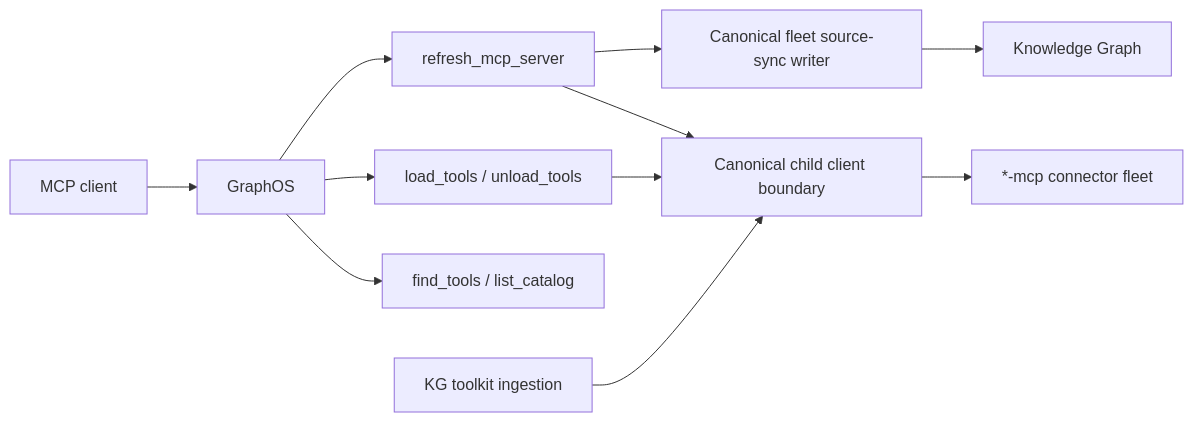
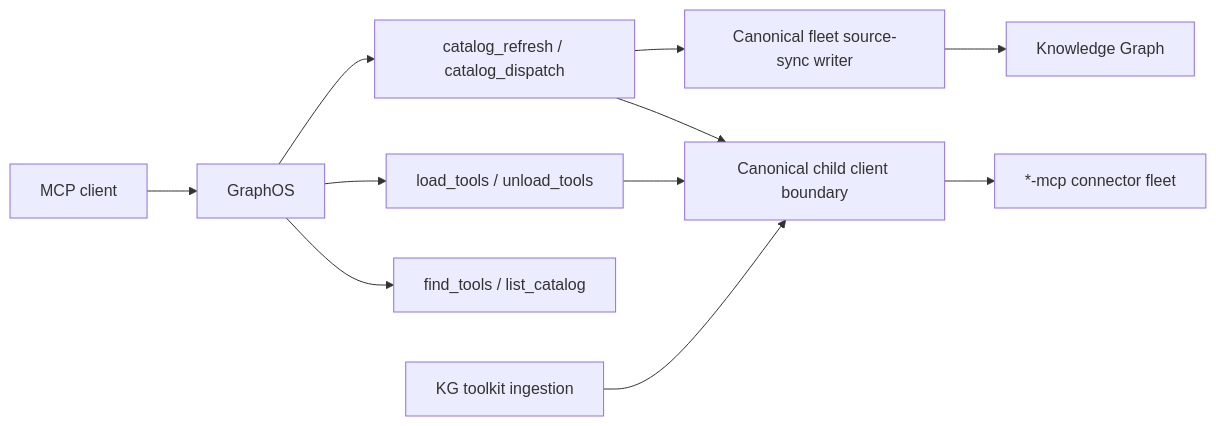
The diagram in docs/architecture/mcp_multiplexer.md (Knuckles-Team/agent-utilities), drawn with Mermaid before and after one commit. The commit also changed other lines of this file and 19 other files, not shown here.

Commit message:
refactor(mcp): unify catalog reconciliation authority

````diff
--- a/docs/architecture/mcp_multiplexer.md
+++ b/docs/architecture/mcp_multiplexer.md
@@ -10,13 +10,13 @@
 ```mermaid
 flowchart LR
     Client[MCP client] --> GraphOS[GraphOS]
     GraphOS --> Catalog[find_tools / list_catalog]
     GraphOS --> Loader[load_tools / unload_tools]
-    GraphOS --> Refresh[refresh_mcp_server]
+    GraphOS --> Refresh[catalog_refresh / catalog_dispatch]
     Loader --> Probe[Canonical child client boundary]
     Refresh --> Probe
     Toolkit[KG toolkit ingestion] --> Probe
     Probe --> Fleet[*-mcp connector fleet]
     Refresh --> Writer[Canonical fleet source-sync writer]
     Writer --> KG[Knowledge Graph]
 ```
````
